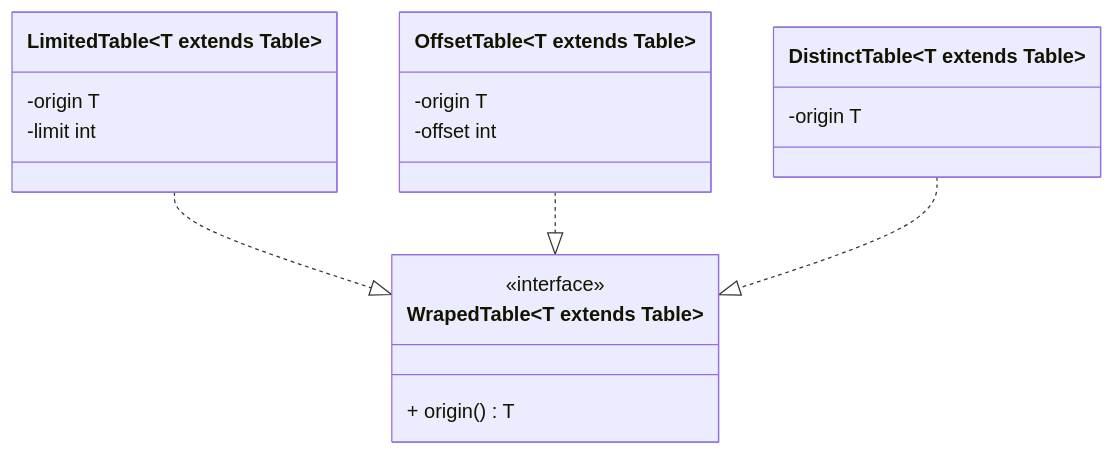
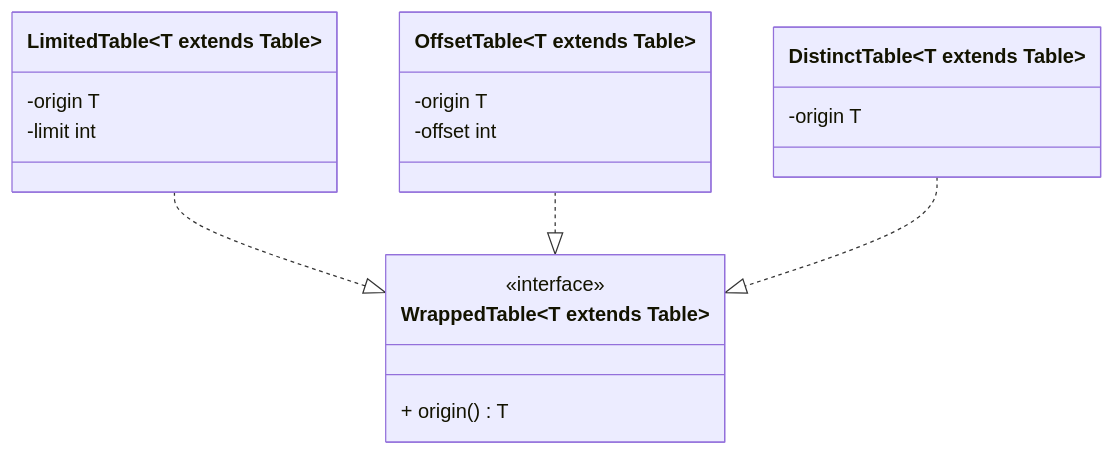
One commit to safarislava/QueryBricks changed the fifth of 13 diagrams in docs/domain.md. Above: the diagram before and after it, drawn with Mermaid. The commit also changed other lines of this file, not shown here.

````diff
--- a/docs/domain.md
+++ b/docs/domain.md
@@ -159,24 +159,24 @@
 ```mermaid
 classDiagram
-    class WrapedTable~T extends Table~ {
+    class WrappedTable~T extends Table~ {
         <<interface>>
         + origin() T
     }
 
     class LimitedTable~T extends Table~ {
         -origin T
         -limit int
     }
-    LimitedTable ..|> WrapedTable~T~
+    LimitedTable ..|> WrappedTable~T~
 
     class OffsetTable~T extends Table~ {
         -origin T
         -offset int
     }
-    OffsetTable ..|> WrapedTable~T~
+    OffsetTable ..|> WrappedTable~T~
 
     class DistinctTable~T extends Table~ {
         -origin T
     }
-    DistinctTable ..|> WrapedTable~T~
+    DistinctTable ..|> WrappedTable~T~
 ```
````
